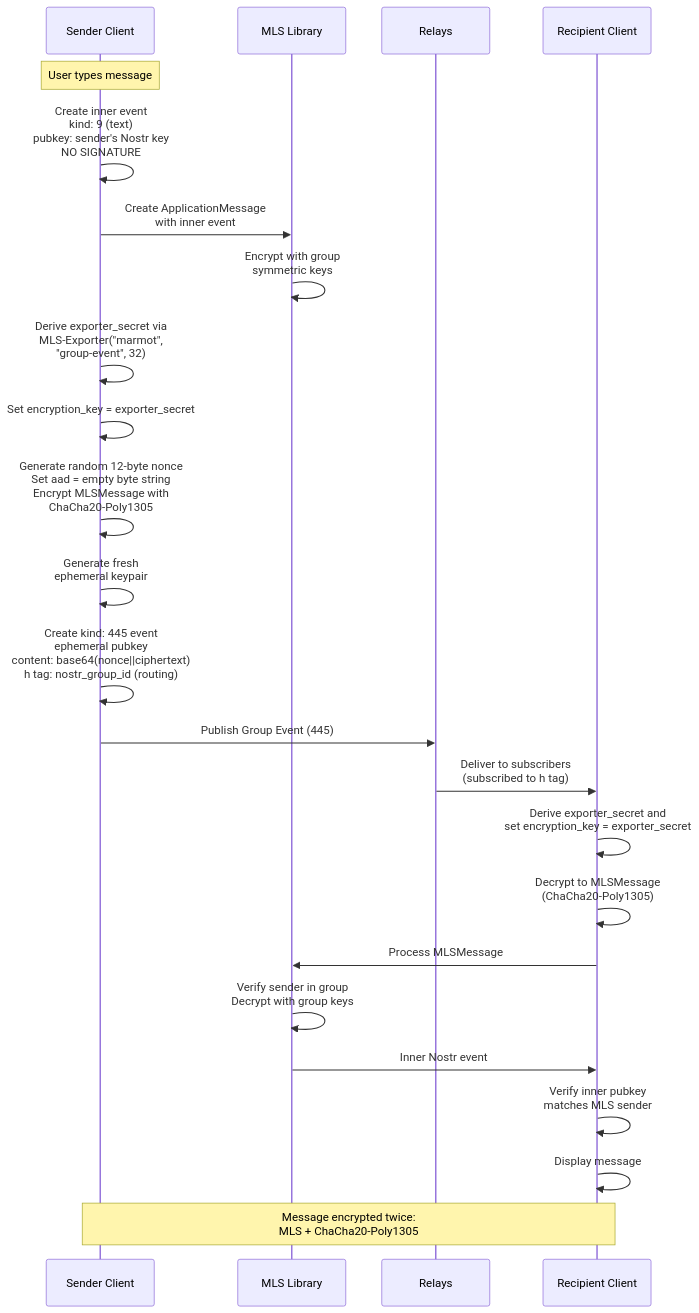
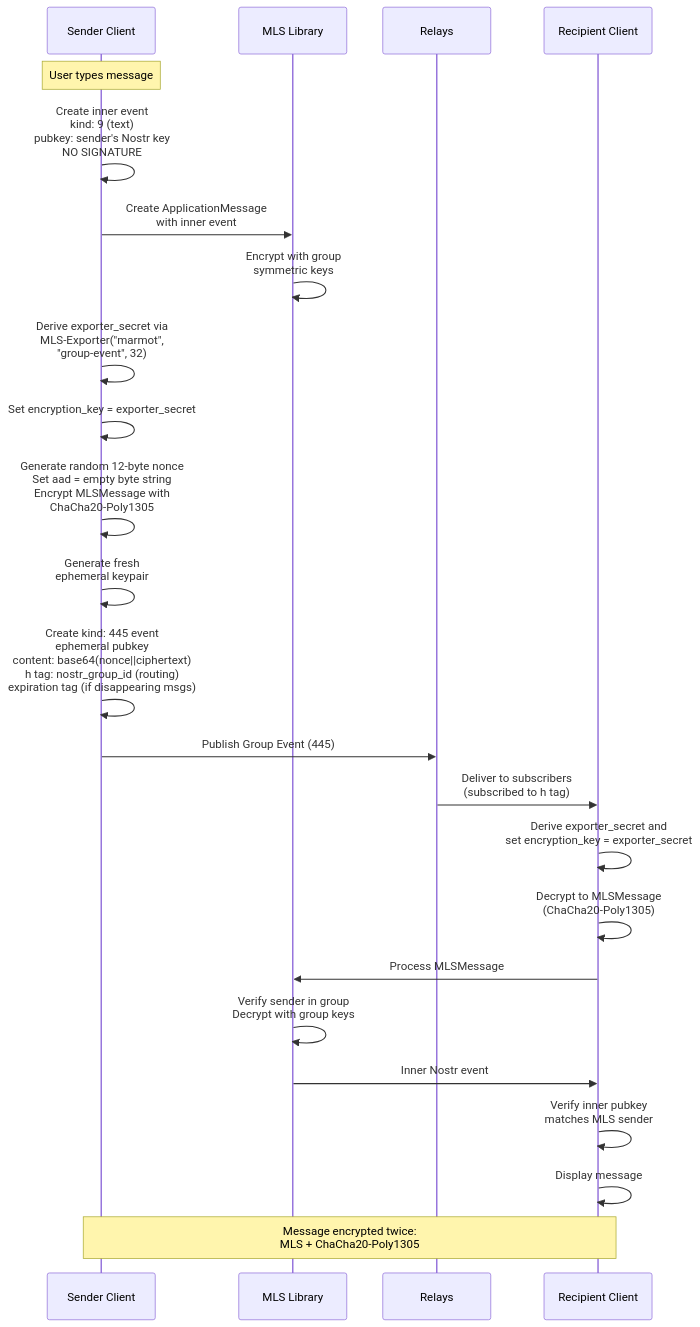
Before and after one commit to hzrd149/marmot: the fourth of 10 diagrams in data_flows.md, drawn with Mermaid. The commit also changed other lines of this file and 5 other files, not shown here.

````diff
--- a/data_flows.md
+++ b/data_flows.md
@@ -243,45 +243,45 @@
 ```mermaid
 sequenceDiagram
     participant S as Sender Client
     participant MLS as MLS Library
     participant R as Relays
     participant Rec as Recipient Client
 
     Note over S: User types message
 
     S->>S: Create inner event<br/>kind: 9 (text)<br/>pubkey: sender's Nostr key<br/>NO SIGNATURE
 
     S->>MLS: Create ApplicationMessage<br/>with inner event
 
     MLS->>MLS: Encrypt with group<br/>symmetric keys
 
     S->>S: Derive exporter_secret via<br/>MLS-Exporter("marmot",<br/>"group-event", 32)
 
     S->>S: Set encryption_key = exporter_secret
 
     S->>S: Generate random 12-byte nonce<br/>Set aad = empty byte string<br/>Encrypt MLSMessage with<br/>ChaCha20-Poly1305
 
     S->>S: Generate fresh<br/>ephemeral keypair
 
-    S->>S: Create kind: 445 event<br/>ephemeral pubkey<br/>content: base64(nonce||ciphertext)<br/>h tag: nostr_group_id (routing)
+    S->>S: Create kind: 445 event<br/>ephemeral pubkey<br/>content: base64(nonce||ciphertext)<br/>h tag: nostr_group_id (routing)<br/>expiration tag (if disappearing msgs)
 
     S->>R: Publish Group Event (445)
 
     R->>Rec: Deliver to subscribers<br/>(subscribed to h tag)
 
     Rec->>Rec: Derive exporter_secret and<br/>set encryption_key = exporter_secret
 
     Rec->>Rec: Decrypt to MLSMessage<br/>(ChaCha20-Poly1305)
 
     Rec->>MLS: Process MLSMessage
 
     MLS->>MLS: Verify sender in group<br/>Decrypt with group keys
 
     MLS->>Rec: Inner Nostr event
 
     Rec->>Rec: Verify inner pubkey<br/>matches MLS sender
 
     Rec->>Rec: Display message
 
     Note over S,Rec: Message encrypted twice:<br/>MLS + ChaCha20-Poly1305
 ```
````
